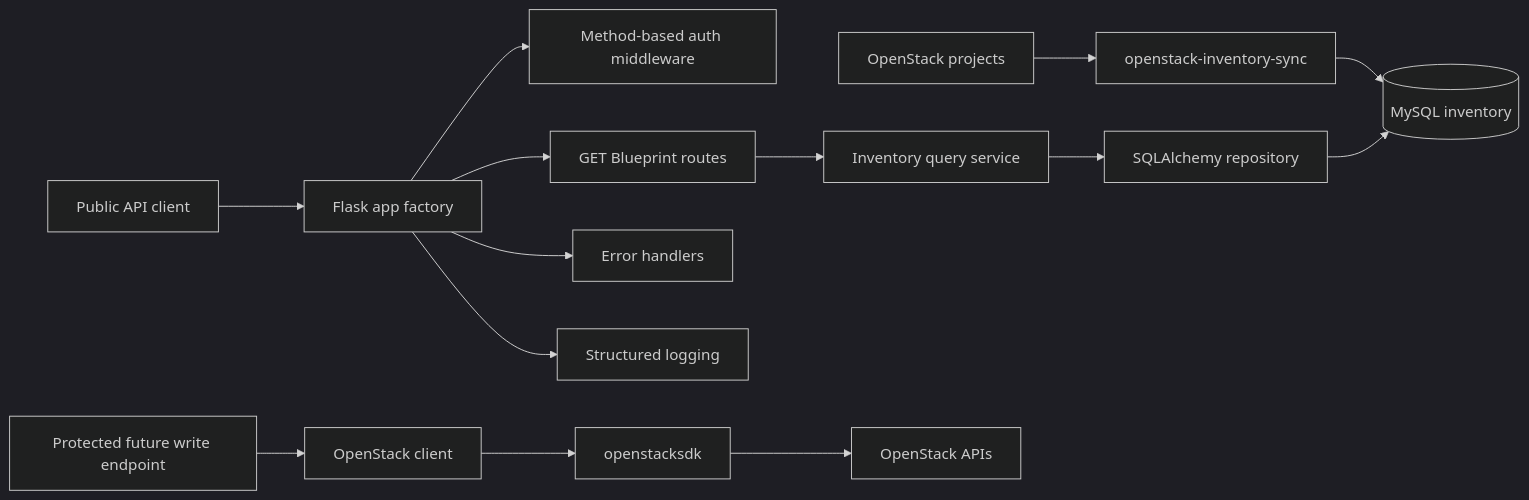
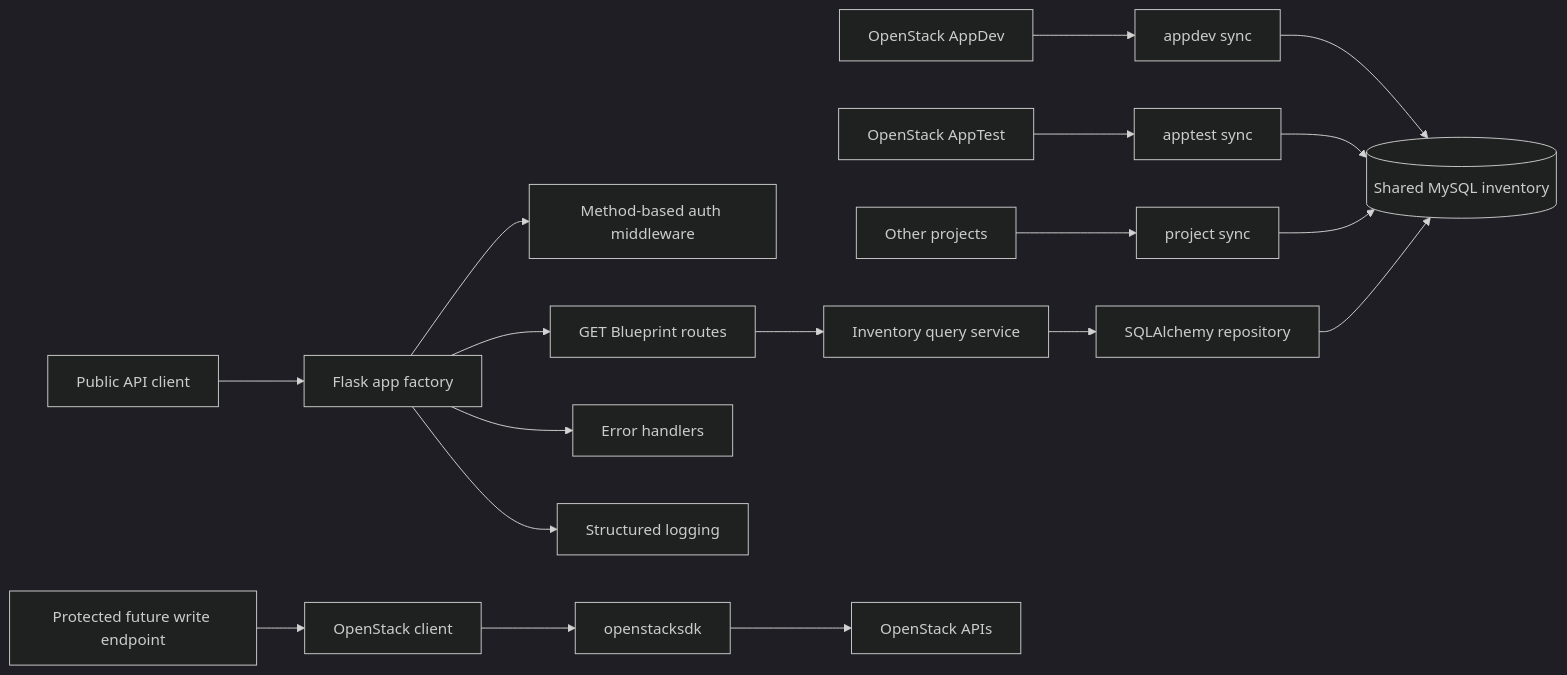
Before and after one commit to yappyslappy/openstack-middleware-api: the diagram in README.md, drawn with Mermaid (dark theme). The commit also changed other lines of this file and 14 other files, not shown here.

````diff
--- a/README.md
+++ b/README.md
@@ -11,16 +13,20 @@
 ```mermaid
 flowchart LR
-    OpenStackProjects[OpenStack projects] --> Sync[openstack-inventory-sync]
-    Sync --> MySQL[(MySQL inventory)]
+    AppDev[OpenStack AppDev] --> SyncAppDev[appdev sync]
+    AppTest[OpenStack AppTest] --> SyncAppTest[apptest sync]
+    Other[Other projects] --> SyncOther[project sync]
+    SyncAppDev --> MySQL[(Shared MySQL inventory)]
+    SyncAppTest --> MySQL
+    SyncOther --> MySQL
     Client[Public API client] --> Flask[Flask app factory]
     Flask --> Auth[Method-based auth middleware]
     Flask --> Routes[GET Blueprint routes]
     Routes --> InventoryService[Inventory query service]
     InventoryService --> Repository[SQLAlchemy repository]
     Repository --> MySQL
     Protected[Protected future write endpoint] --> OpenStackService[OpenStack client]
     OpenStackService --> SDK[openstacksdk]
     SDK --> OpenStack[OpenStack APIs]
     Flask --> Errors[Error handlers]
     Flask --> Logs[Structured logging]
 ```
````
